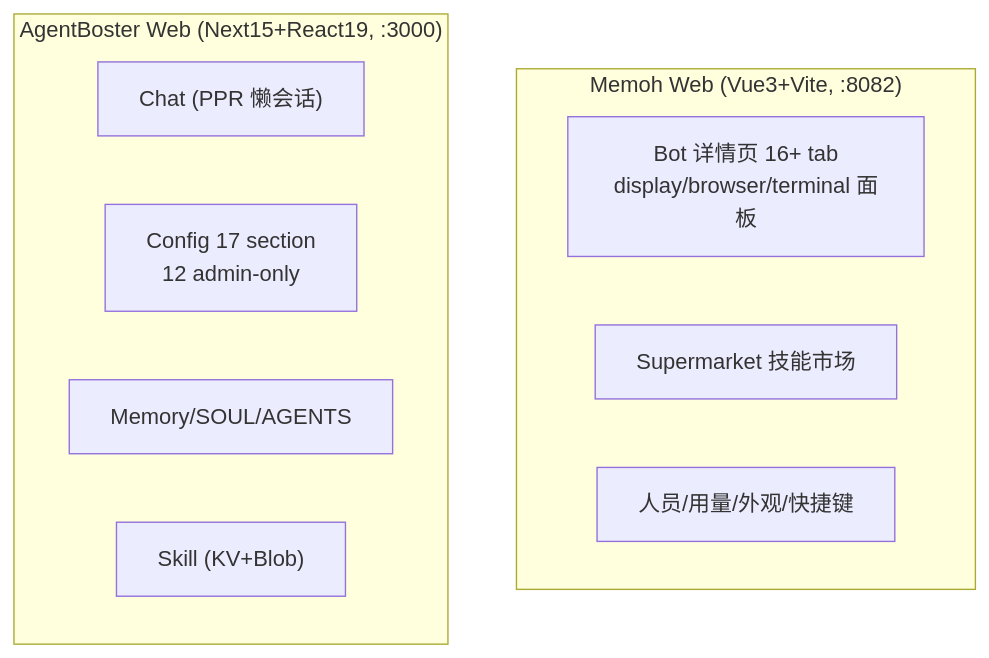
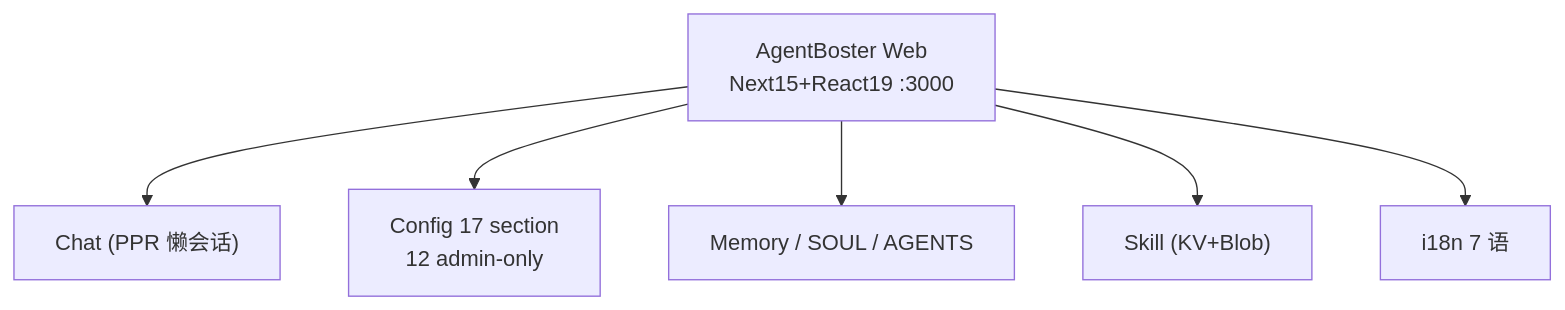
The eighth of 32 diagrams in docs/memoh-vs-agentboster.md (NekoSekaiMoe/agentboster), drawn with Mermaid before and after one commit. The commit also changed other lines of this file, not shown here.

````diff
--- a/docs/memoh-vs-agentboster.md
+++ b/docs/memoh-vs-agentboster.md
@@ -99,14 +127,8 @@
 ```mermaid
 flowchart TB
-    subgraph Memoh["Memoh Web (Vue3+Vite, :8082)"]
-        MBot["Bot 详情页 16+ tab<br/>display/browser/terminal 面板"]
-        MMarket["Supermarket 技能市场"]
-        MMgr["人员/用量/外观/快捷键"]
-    end
-    subgraph AgentBoster["AgentBoster Web (Next15+React19, :3000)"]
-        AChat["Chat (PPR 懒会话)"]
-        AConfig["Config 17 section<br/>12 admin-only"]
-        AMem["Memory/SOUL/AGENTS"]
-        ASkill["Skill (KV+Blob)"]
-    end
+    B1["AgentBoster Web<br/>Next15+React19 :3000"] --> B2["Chat (PPR 懒会话)"]
+    B1 --> B3["Config 17 section<br/>12 admin-only"]
+    B1 --> B4["Memory / SOUL / AGENTS"]
+    B1 --> B5["Skill (KV+Blob)"]
+    B1 --> B6["i18n 7 语"]
 ```
````
